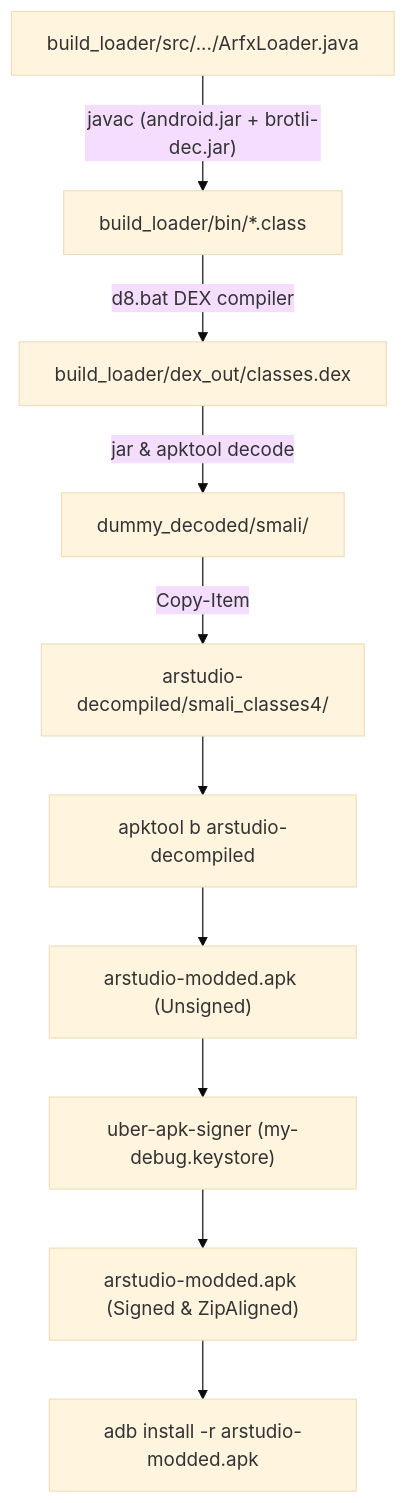
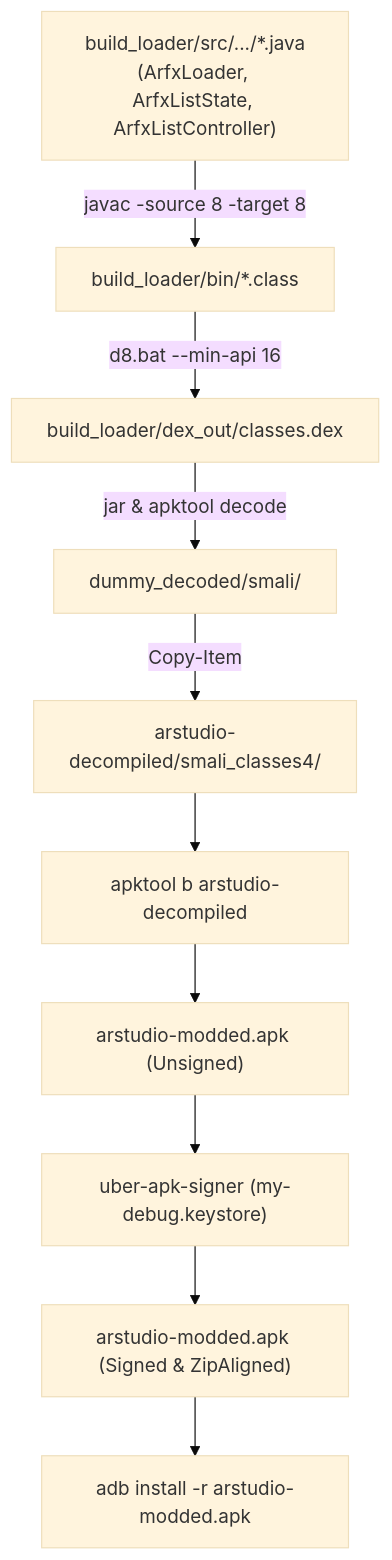
One commit to RakaKuswanto/MetaSparkPlayer changed the diagram in docs/05_rebuild_sign_and_deployment.md. Above: the diagram before and after it, drawn with Mermaid (base theme). The commit also changed other lines of this file and 30182 other files, not shown here.

````diff
--- a/docs/05_rebuild_sign_and_deployment.md
+++ b/docs/05_rebuild_sign_and_deployment.md
@@ -22,13 +22,13 @@
 ```mermaid
 flowchart TD
-    JAVA_SRC["build_loader/src/.../ArfxLoader.java"] -->|"javac (android.jar + brotli-dec.jar)"| CLASS_FILES["build_loader/bin/*.class"]
-    CLASS_FILES -->|"d8.bat DEX compiler"| DEX_FILE["build_loader/dex_out/classes.dex"]
+    JAVA_SRC["build_loader/src/.../*.java\n(ArfxLoader, ArfxListState, ArfxListController)"] -->|"javac -source 8 -target 8"| CLASS_FILES["build_loader/bin/*.class"]
+    CLASS_FILES -->|"d8.bat --min-api 16"| DEX_FILE["build_loader/dex_out/classes.dex"]
     DEX_FILE -->|"jar & apktool decode"| SMALI_OUT["dummy_decoded/smali/"]
     SMALI_OUT -->|"Copy-Item"| SMALI_TARGET["arstudio-decompiled/smali_classes4/"]
     
     SMALI_TARGET --> APKTOOL_BUILD["apktool b arstudio-decompiled"]
     APKTOOL_BUILD --> UNSIGNED_APK["arstudio-modded.apk (Unsigned)"]
     UNSIGNED_APK --> UBER_SIGNER["uber-apk-signer (my-debug.keystore)"]
     UBER_SIGNER --> SIGNED_APK["arstudio-modded.apk (Signed & ZipAligned)"]
     SIGNED_APK --> ADB_INSTALL["adb install -r arstudio-modded.apk"]
 ```
````
